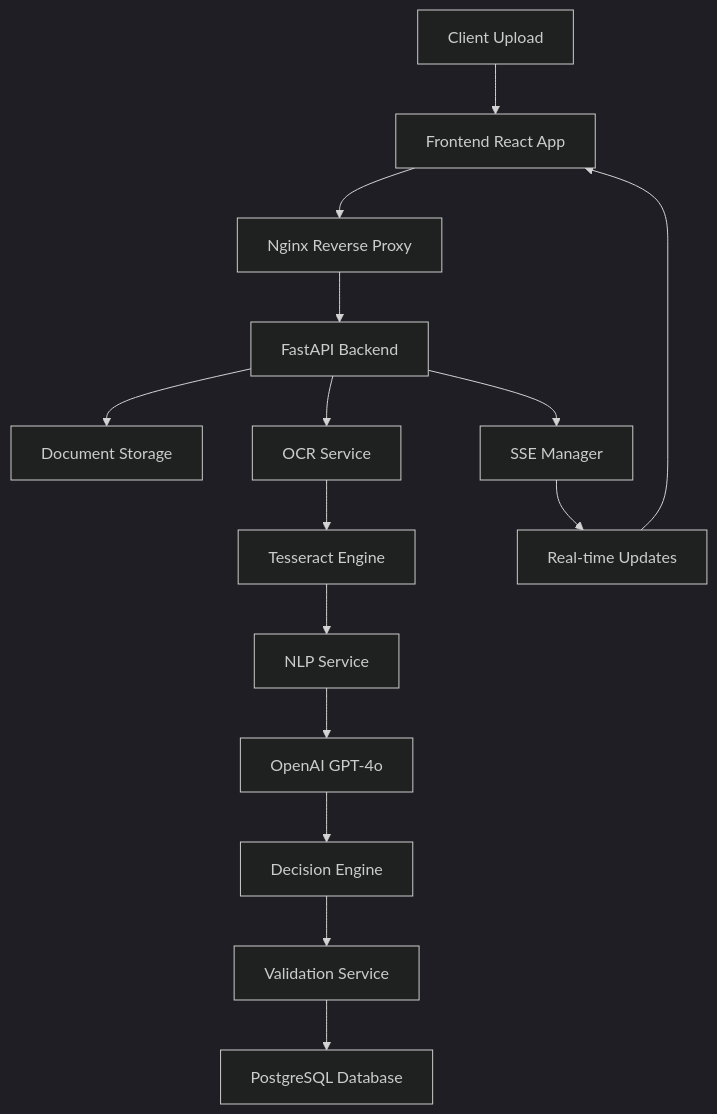
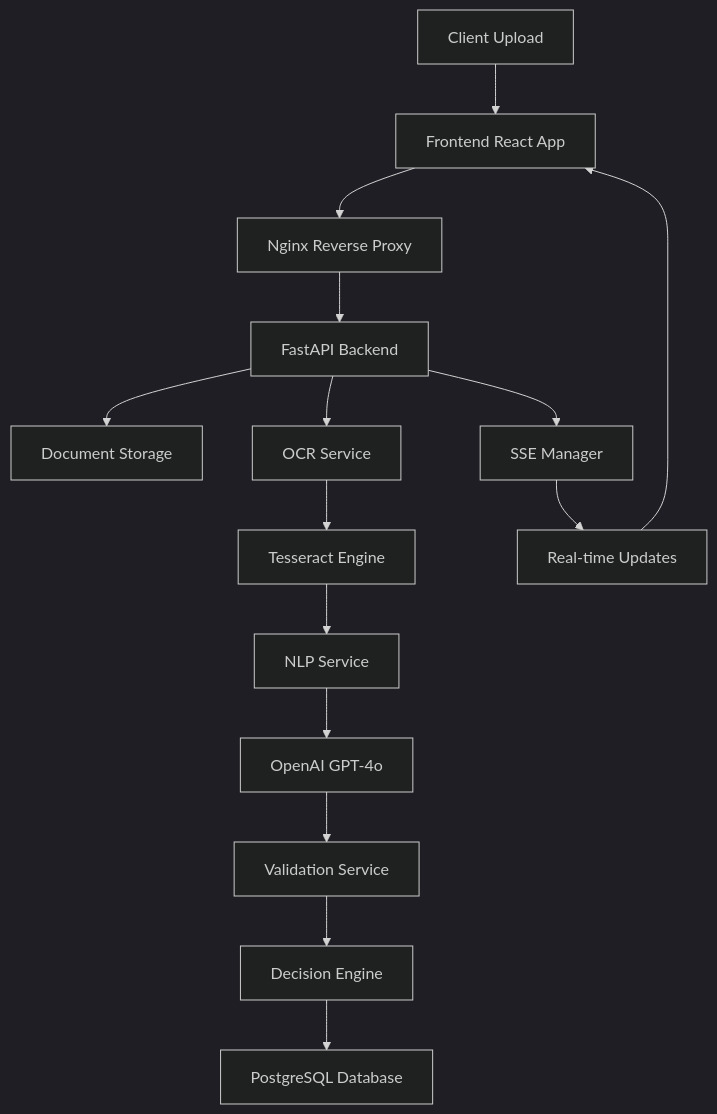
One commit to kutayakpnar/stp changed the diagram in README.md. Above: the diagram before and after it, drawn with Mermaid (dark theme). The commit also changed other lines of this file, not shown here.

````diff
--- a/README.md
+++ b/README.md
@@ -62,17 +66,17 @@
 ```mermaid
 graph TB
     A[Client Upload] --> B[Frontend React App]
     B --> C[Nginx Reverse Proxy]
     C --> D[FastAPI Backend]
     D --> E[Document Storage]
     D --> F[OCR Service]
     F --> G[Tesseract Engine]
     G --> H[NLP Service]
     H --> I[OpenAI GPT-4o]
-    I --> J[Decision Engine]
-    J --> K[Validation Service]
+    I --> J[Validation Service]
+    J --> K[Decision Engine]
     K --> L[PostgreSQL Database]
     D --> M[SSE Manager]
     M --> N[Real-time Updates]
     N --> B
 ```
````
